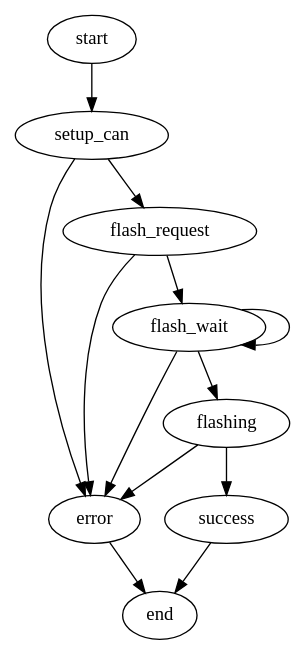
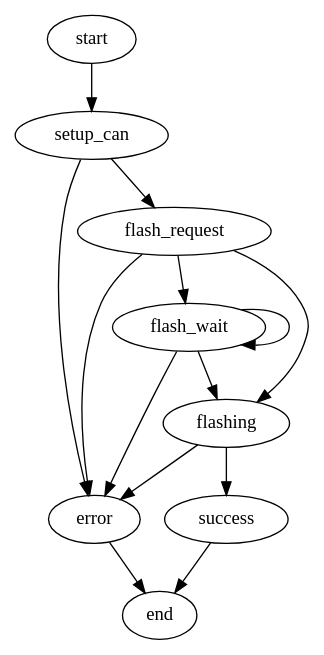
The diagram in fsm.dot (eagletrt/can-flashing), drawn with Graphviz before and after one commit. The commit also changed 8 other files, not shown here.

```diff
--- a/fsm.dot
+++ b/fsm.dot
@@ -1,14 +1,15 @@
 digraph G {
   start -> setup_can;
   setup_can -> error;
   setup_can -> flash_request;
   flash_request -> error;
   flash_request -> flash_wait;
+  flash_request -> flashing;
   flash_wait -> flash_wait;
   flash_wait -> error;
   flash_wait -> flashing;
   flashing -> error;
   flashing -> success;
   error -> end;
   success -> end;
 }
```
